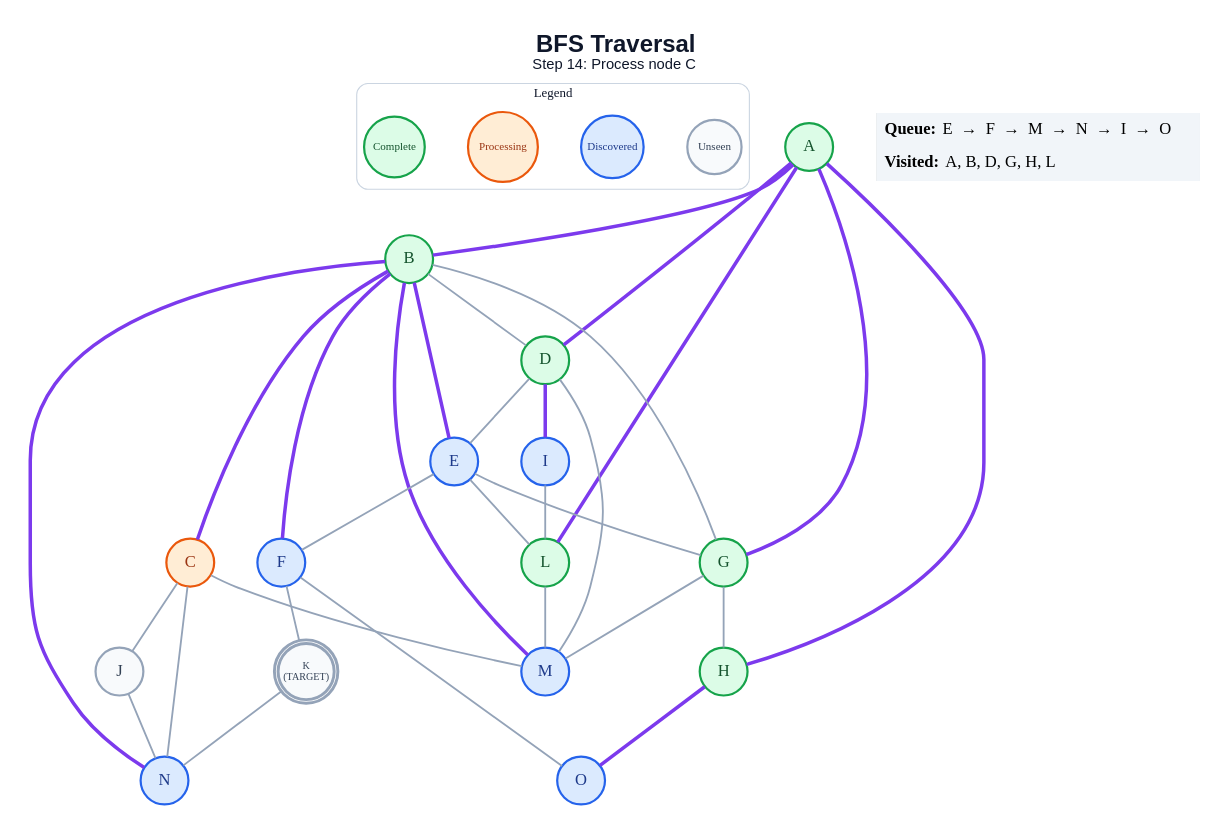
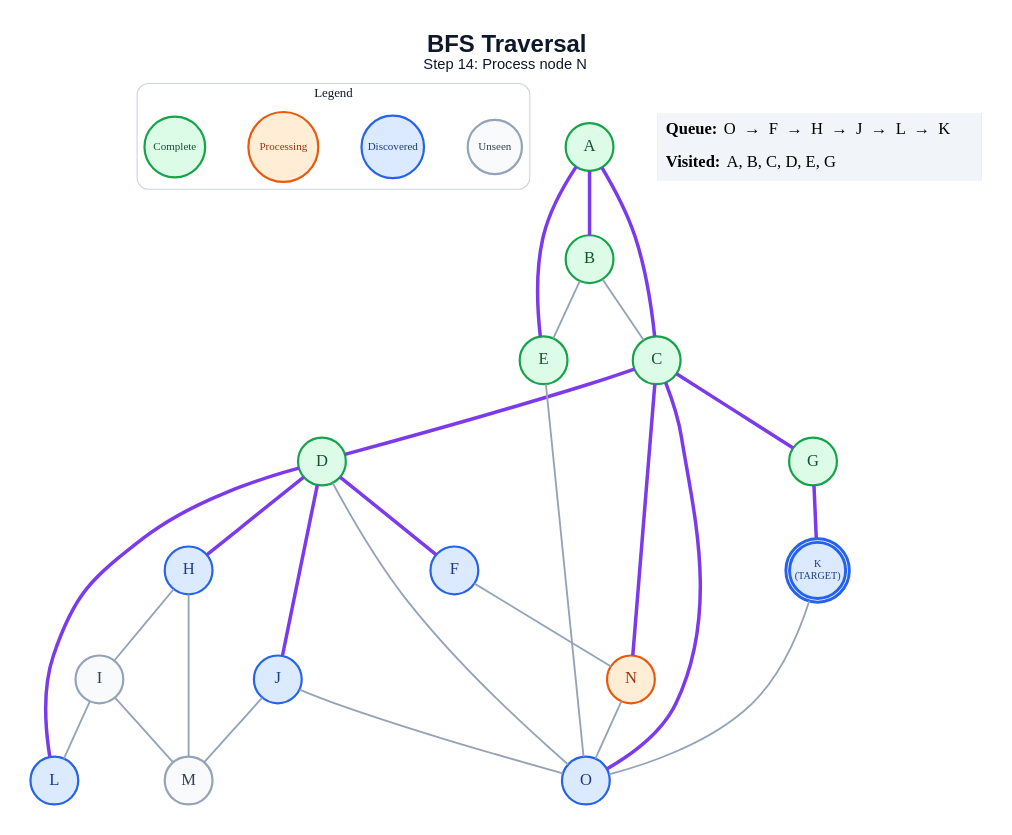
Before and after one commit to anon7238593-create/ai-slop: the diagram in generated/specific-node/bfs/step_14.dot, drawn with Graphviz. The commit also changed 335 other files, not shown here.

```diff
--- a/generated/specific-node/bfs/step_14.dot
+++ b/generated/specific-node/bfs/step_14.dot
@@ -1,64 +1,59 @@
 graph traversal {
   graph [layout=dot, rankdir=TB, bgcolor="#FFFFFF", pad="0.35", nodesep="0.65", ranksep="0.8", fontname="Arial"];
   node [shape=circle, style="filled", fontname="Arial Bold", fontsize=18, width=0.72, fixedsize=true, penwidth=2.4];
   edge [color="#94A3B8", penwidth=2.0];
-  label=<<B>BFS Traversal</B><BR/><FONT POINT-SIZE="16">Step 14: Process node C</FONT>>; labelloc="t"; fontsize=26; fontname="Arial"; fontcolor="#0F172A";
+  label=<<B>BFS Traversal</B><BR/><FONT POINT-SIZE="16">Step 14: Process node N</FONT>>; labelloc="t"; fontsize=26; fontname="Arial"; fontcolor="#0F172A";
   subgraph cluster_legend { label="Legend"; color="#CBD5E1"; penwidth=1.2; style="rounded"; fontsize=14; fontname="Arial Bold";
     key_unseen [label="Unseen", fillcolor="#F8FAFC", color="#94A3B8", fontcolor="#334155", fontsize=12, width=0.82];
     key_frontier [label="Discovered", fillcolor="#DBEAFE", color="#2563EB", fontcolor="#1E3A8A", fontsize=12, width=0.95];
     key_current [label="Processing", fillcolor="#FFEDD5", color="#EA580C", fontcolor="#9A3412", fontsize=12, width=1.05];
     key_done [label="Complete", fillcolor="#DCFCE7", color="#16A34A", fontcolor="#14532D", fontsize=12, width=0.92];
     { rank=same; key_unseen; key_frontier; key_current; key_done; }
   }
   A [label="A", fillcolor="#DCFCE7", color="#16A34A", fontcolor="#14532D", peripheries=1, penwidth=2.4];
   B [label="B", fillcolor="#DCFCE7", color="#16A34A", fontcolor="#14532D", peripheries=1, penwidth=2.4];
-  C [label="C", fillcolor="#FFEDD5", color="#EA580C", fontcolor="#9A3412", peripheries=1, penwidth=2.4];
+  C [label="C", fillcolor="#DCFCE7", color="#16A34A", fontcolor="#14532D", peripheries=1, penwidth=2.4];
   D [label="D", fillcolor="#DCFCE7", color="#16A34A", fontcolor="#14532D", peripheries=1, penwidth=2.4];
-  E [label="E", fillcolor="#DBEAFE", color="#2563EB", fontcolor="#1E3A8A", peripheries=1, penwidth=2.4];
+  E [label="E", fillcolor="#DCFCE7", color="#16A34A", fontcolor="#14532D", peripheries=1, penwidth=2.4];
   F [label="F", fillcolor="#DBEAFE", color="#2563EB", fontcolor="#1E3A8A", peripheries=1, penwidth=2.4];
   G [label="G", fillcolor="#DCFCE7", color="#16A34A", fontcolor="#14532D", peripheries=1, penwidth=2.4];
-  H [label="H", fillcolor="#DCFCE7", color="#16A34A", fontcolor="#14532D", peripheries=1, penwidth=2.4];
-  I [label="I", fillcolor="#DBEAFE", color="#2563EB", fontcolor="#1E3A8A", peripheries=1, penwidth=2.4];
-  J [label="J", fillcolor="#F8FAFC", color="#94A3B8", fontcolor="#334155", peripheries=1, penwidth=2.4];
-  K [label="K\n(TARGET)", fillcolor="#F8FAFC", color="#94A3B8", fontcolor="#334155", peripheries=2, penwidth=3.2, fontsize=11, width=0.85, height=0.85];
-  L [label="L", fillcolor="#DCFCE7", color="#16A34A", fontcolor="#14532D", peripheries=1, penwidth=2.4];
-  M [label="M", fillcolor="#DBEAFE", color="#2563EB", fontcolor="#1E3A8A", peripheries=1, penwidth=2.4];
-  N [label="N", fillcolor="#DBEAFE", color="#2563EB", fontcolor="#1E3A8A", peripheries=1, penwidth=2.4];
+  H [label="H", fillcolor="#DBEAFE", color="#2563EB", fontcolor="#1E3A8A", peripheries=1, penwidth=2.4];
+  I [label="I", fillcolor="#F8FAFC", color="#94A3B8", fontcolor="#334155", peripheries=1, penwidth=2.4];
+  J [label="J", fillcolor="#DBEAFE", color="#2563EB", fontcolor="#1E3A8A", peripheries=1, penwidth=2.4];
+  K [label="K\n(TARGET)", fillcolor="#DBEAFE", color="#2563EB", fontcolor="#1E3A8A", peripheries=2, penwidth=3.2, fontsize=11, width=0.85, height=0.85];
+  L [label="L", fillcolor="#DBEAFE", color="#2563EB", fontcolor="#1E3A8A", peripheries=1, penwidth=2.4];
+  M [label="M", fillcolor="#F8FAFC", color="#94A3B8", fontcolor="#334155", peripheries=1, penwidth=2.4];
+  N [label="N", fillcolor="#FFEDD5", color="#EA580C", fontcolor="#9A3412", peripheries=1, penwidth=2.4];
   O [label="O", fillcolor="#DBEAFE", color="#2563EB", fontcolor="#1E3A8A", peripheries=1, penwidth=2.4];
   A -- B [color="#7C3AED", penwidth=3.8];
-  A -- D [color="#7C3AED", penwidth=3.8];
-  A -- G [color="#7C3AED", penwidth=3.8];
-  A -- H [color="#7C3AED", penwidth=3.8];
-  A -- L [color="#7C3AED", penwidth=3.8];
-  B -- C [color="#7C3AED", penwidth=3.8];
-  B -- D;
-  B -- E [color="#7C3AED", penwidth=3.8];
-  B -- F [color="#7C3AED", penwidth=3.8];
-  B -- G;
-  B -- M [color="#7C3AED", penwidth=3.8];
-  B -- N [color="#7C3AED", penwidth=3.8];
-  C -- J;
-  C -- M;
-  C -- N;
-  D -- E;
-  D -- I [color="#7C3AED", penwidth=3.8];
-  D -- M;
-  E -- F;
-  E -- G;
-  E -- L;
-  F -- K;
-  F -- O;
-  G -- H;
-  G -- M;
-  H -- O [color="#7C3AED", penwidth=3.8];
+  A -- C [color="#7C3AED", penwidth=3.8];
+  A -- E [color="#7C3AED", penwidth=3.8];
+  B -- C;
+  B -- E;
+  C -- D [color="#7C3AED", penwidth=3.8];
+  C -- G [color="#7C3AED", penwidth=3.8];
+  C -- N [color="#7C3AED", penwidth=3.8];
+  C -- O [color="#7C3AED", penwidth=3.8];
+  D -- F [color="#7C3AED", penwidth=3.8];
+  D -- H [color="#7C3AED", penwidth=3.8];
+  D -- J [color="#7C3AED", penwidth=3.8];
+  D -- L [color="#7C3AED", penwidth=3.8];
+  D -- O;
+  E -- O;
+  F -- N;
+  G -- K [color="#7C3AED", penwidth=3.8];
+  H -- I;
+  H -- M;
   I -- L;
-  J -- N;
-  K -- N;
-  L -- M;
+  I -- M;
+  J -- M;
+  J -- O;
+  K -- O;
+  N -- O;
   status [shape=plain, fixedsize=false, width=0, height=0, margin=0, label=<
     <TABLE BORDER="0" CELLBORDER="0" CELLPADDING="7" BGCOLOR="#F1F5F9">
-      <TR><TD ALIGN="LEFT"><B>Queue:</B> E  →  F  →  M  →  N  →  I  →  O</TD></TR>
-      <TR><TD ALIGN="LEFT"><B>Visited:</B> A, B, D, G, H, L</TD></TR>
+      <TR><TD ALIGN="LEFT"><B>Queue:</B> O  →  F  →  H  →  J  →  L  →  K</TD></TR>
+      <TR><TD ALIGN="LEFT"><B>Visited:</B> A, B, C, D, E, G</TD></TR>
     </TABLE>
   >];
 }
```
